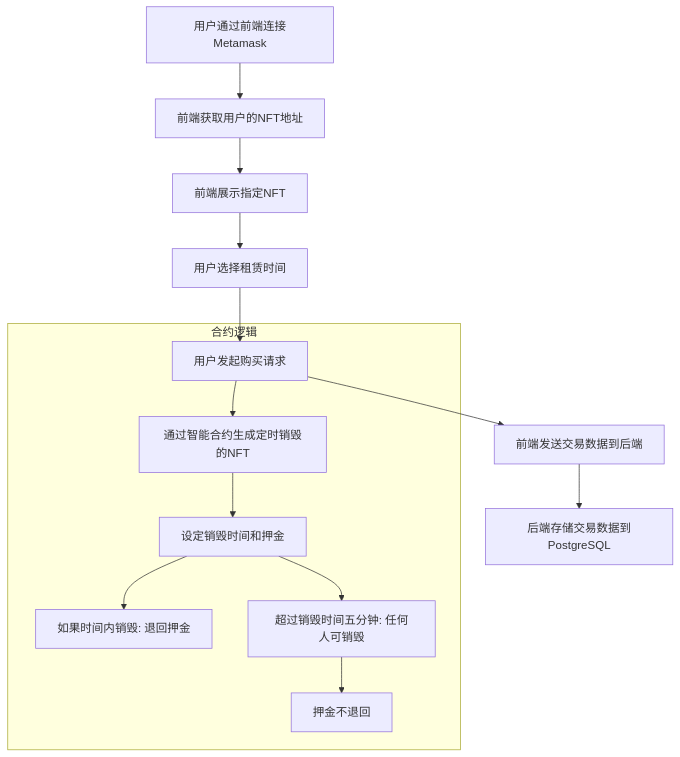
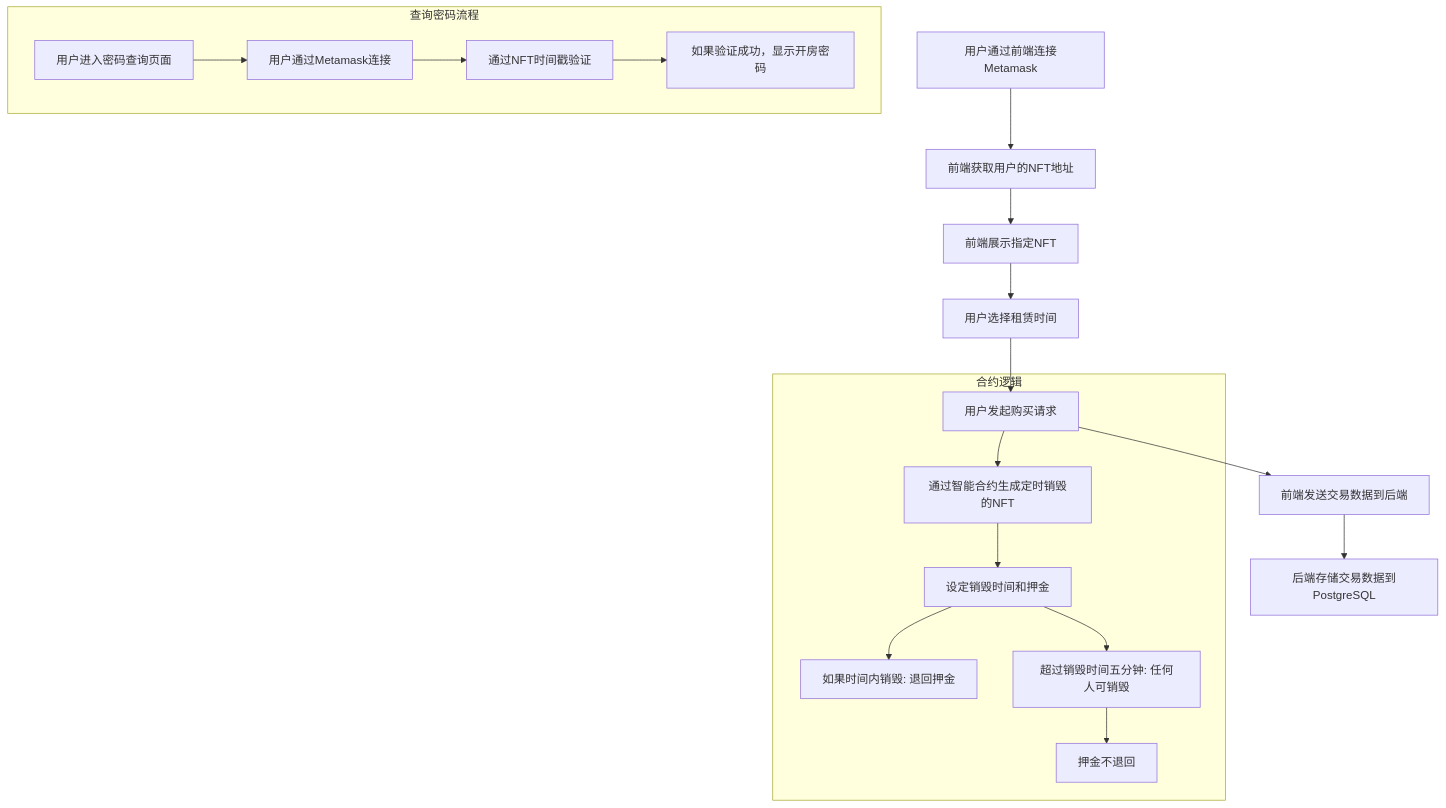
Before and after one commit to vski5/DiagonAlley: the diagram in README.zh.md, drawn with Mermaid. The commit also changed other lines of this file and 1 other file, not shown here.

Commit message:
修正readme

````diff
--- a/README.zh.md
+++ b/README.zh.md
@@ -32,19 +32,26 @@
 ```mermaid
 graph TD
     A[用户通过前端连接Metamask] --> B[前端获取用户的NFT地址]
     B --> C[前端展示指定NFT]
     C --> D[用户选择租赁时间]
     D --> E[用户发起购买请求]
     
     subgraph 合约逻辑
         E --> F[通过智能合约生成定时销毁的NFT]
         F --> G[设定销毁时间和押金]
         G --> H[如果时间内销毁: 退回押金]
         G --> I[超过销毁时间五分钟: 任何人可销毁]
         I --> J[押金不退回]
     end
     
     E --> K[前端发送交易数据到后端]
     K --> L[后端存储交易数据到PostgreSQL]
 
+    subgraph 查询密码流程
+        M[用户进入密码查询页面] --> N[用户通过Metamask连接]
+        N --> O[通过NFT时间戳验证]
+        O --> P[如果验证成功，显示开房密码]
+    end
+
+
 ```
````
